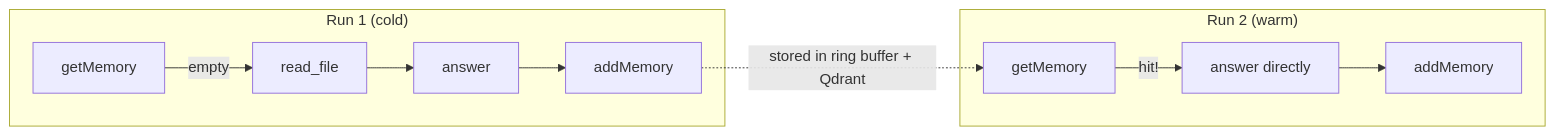
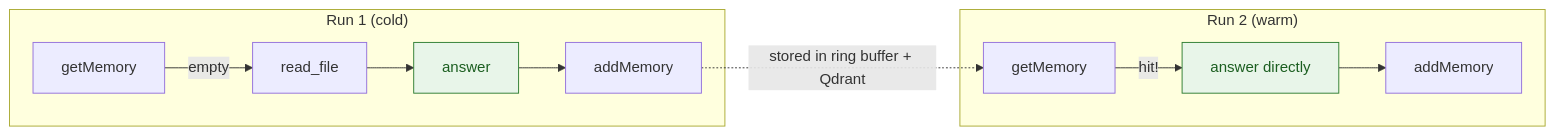
Before and after one commit to Guebbit/AI-coding-assistant: the third of 3 diagrams in docs/examples/semantic-memory.md, drawn with Mermaid. The commit also changed 54 other files, not shown here.

First line of the commit message:
docs: add mermaid diagrams to quickstart & ollama-notes, color-code all flowcharts

````diff
--- a/docs/examples/semantic-memory.md
+++ b/docs/examples/semantic-memory.md
@@ -144,15 +144,17 @@
 ```mermaid
 flowchart LR
     subgraph RUN1["Run 1 (cold)"]
         R1A[getMemory] -->|empty| R1B[read_file]
         R1B --> R1C[answer]
         R1C --> R1D[addMemory]
     end
 
     subgraph RUN2["Run 2 (warm)"]
         R2A[getMemory] -->|hit!| R2B[answer directly]
         R2B --> R2C[addMemory]
     end
 
     R1D -.->|stored in ring buffer + Qdrant| R2A
+    style R1C fill:#e8f5e9,stroke:#2e7d32,color:#1b5e20
+    style R2B fill:#e8f5e9,stroke:#2e7d32,color:#1b5e20
 ```
````
